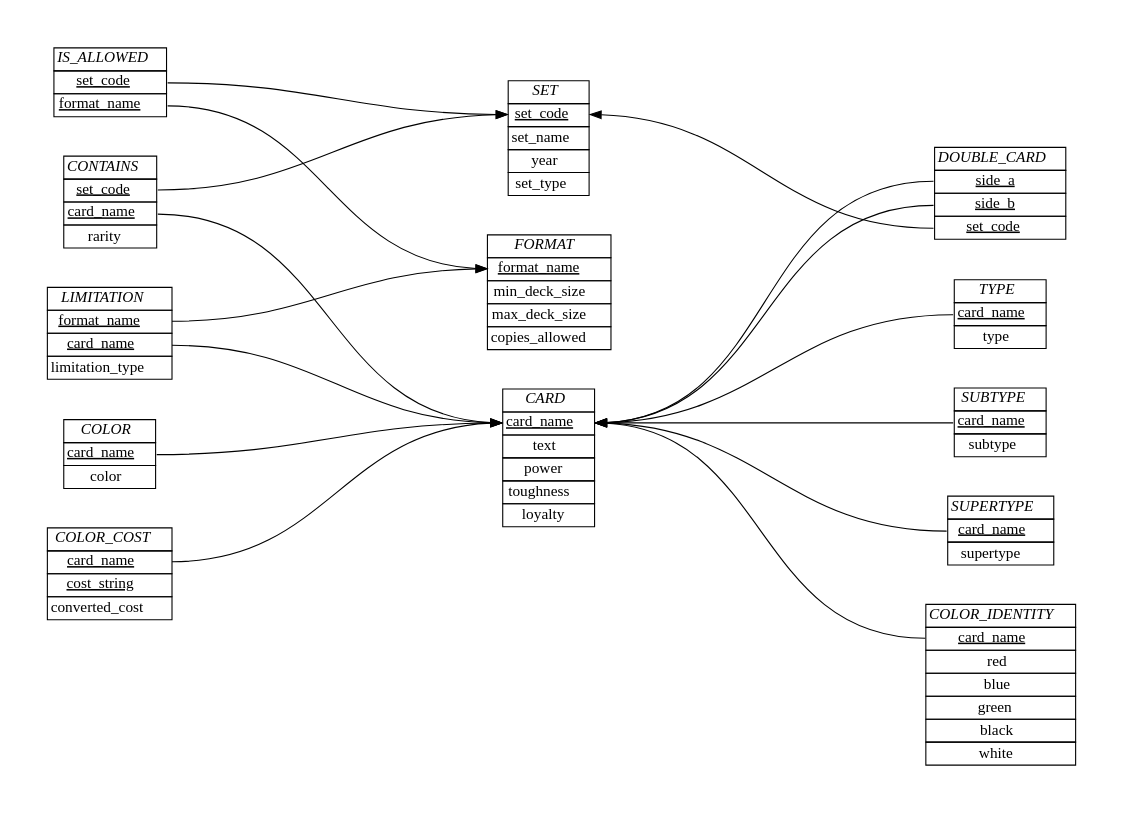
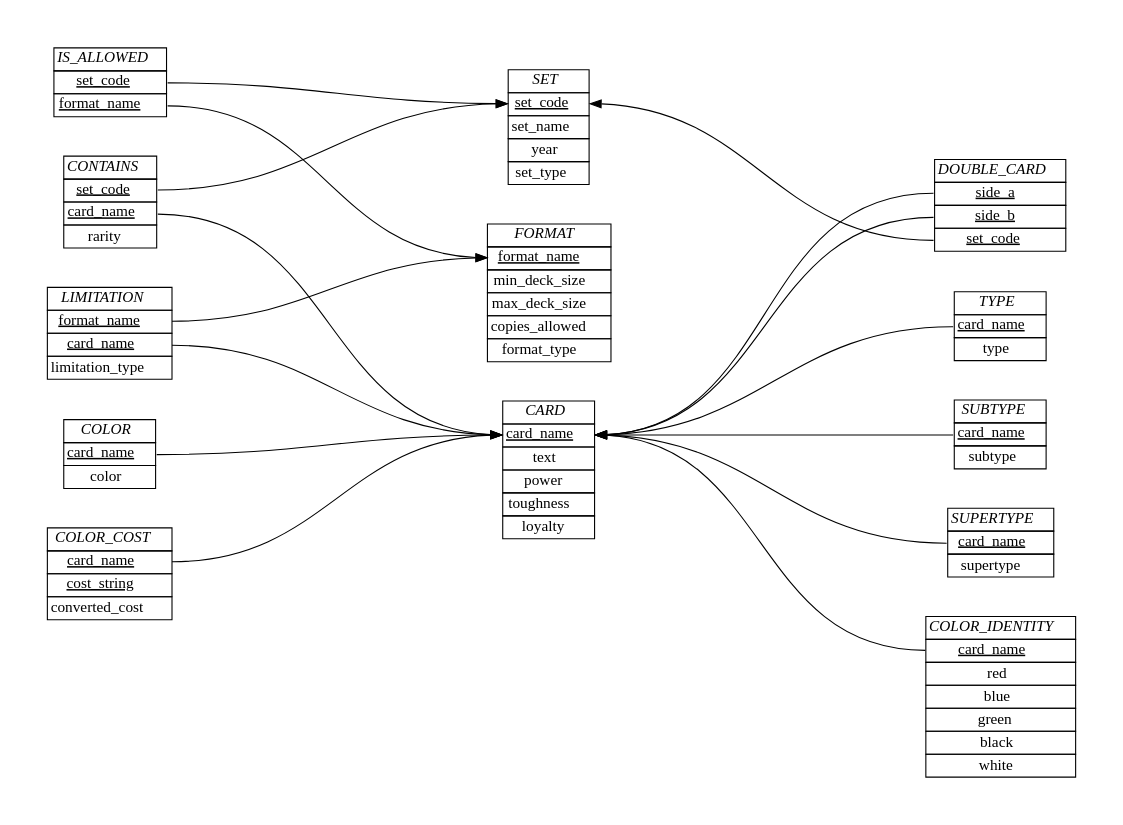
The diagram in schema/ER_diagram.dot (akilmarshall/trumark), drawn with Graphviz before and after one commit. The commit also changed 5 other files, not shown here.

Commit message:
added format_type to FORMAT

```diff
--- a/schema/ER_diagram.dot
+++ b/schema/ER_diagram.dot
@@ -1,138 +1,139 @@
 digraph {
     graph [splines=true, pad="0.5", nodesep="0.5", ranksep="4"];
     node [shape=plain];
     rankdir=LR; 
 
     Format [label=<
         <table border="0" cellborder="1" cellspacing="0">
         <tr><td><i>FORMAT</i></td></tr>
         <tr><td port="1"><u>format_name</u></td></tr>
         <tr><td port="2">min_deck_size</td></tr>
         <tr><td port="3">max_deck_size</td></tr>
         <tr><td port="4">copies_allowed</td></tr>
+        <tr><td port="5">format_type</td></tr>
         </table>>];
 
     Set [label=<
         <table border="0" cellborder="1" cellspacing="0">
         <tr><td><i>SET</i></td></tr>
         <tr><td port="1"><u><font color="black">set_code</font></u></td></tr>
         <tr><td port="2"><font color="black">set_name</font></td></tr>
         <tr><td port="3">year</td></tr>
         <tr><td port="4">set_type</td></tr>
         </table>>];
 
     Card [label=<
         <table border="0" cellborder="1" cellspacing="0">
         <tr><td><i>CARD</i></td></tr>
         <tr><td port="1"><u><font color="black">card_name</font></u></td></tr>
         <tr><td port="2">text</td></tr>
         <tr><td port="3">power</td></tr>
         <tr><td port="4">toughness</td></tr>
         <tr><td port="5">loyalty</td></tr>
         </table>>];
 
     Contains [label=<
         <table border="0" cellborder="1" cellspacing="0">
         <tr><td><i>CONTAINS</i></td></tr>
         <tr><td port="1"><u>set_code</u></td></tr>
         <tr><td port="2"><u>card_name</u></td></tr>
         <tr><td port="3">rarity</td></tr>
         </table>>];
 
     Is_allowed [label=<
         <table border="0" cellborder="1" cellspacing="0">
         <tr><td><i>IS_ALLOWED</i></td></tr>
         <tr><td port="1"><u>set_code</u></td></tr>
         <tr><td port="2"><u>format_name</u></td></tr>
         </table>>];
 
     Double_card [label=<
         <table border="0" cellborder="1" cellspacing="0">
         <tr><td><i>DOUBLE_CARD</i></td></tr>
         <tr><td port="1"><u>side_a</u></td></tr>
         <tr><td port="2"><u>side_b</u></td></tr>
         <tr><td port="3"><u>set_code</u></td></tr>
         </table>>];
 
     Limitation [label=< <table border="0" cellborder="1" cellspacing="0">
     <tr><td><i>LIMITATION</i></td></tr>
     <tr><td port="1"><u>format_name</u></td></tr>
     <tr><td port="2"><u>card_name</u></td></tr>
     <tr><td port="3">limitation_type</td></tr>
     </table>>];
 
     Type [label=<
         <table border="0" cellborder="1" cellspacing="0">
         <tr><td><i>TYPE</i></td></tr>
         <tr><td port="1"><u>card_name</u></td></tr>
         <tr><td port="2">type</td></tr>
         </table>>];
 
     Subtype [label=<
         <table border="0" cellborder="1" cellspacing="0">
         <tr><td><i>SUBTYPE</i></td></tr>
         <tr><td port="1"><u>card_name</u></td></tr>
         <tr><td port="2">subtype</td></tr>
         </table>>];
 
     Supertype [label=<
         <table border="0" cellborder="1" cellspacing="0">
         <tr><td><i>SUPERTYPE</i></td></tr>
         <tr><td port="1"><u>card_name</u></td></tr>
         <tr><td port="2">supertype</td></tr>
         </table>>];
 
     Color_identity [label=<
         <table border="0" cellborder="1" cellspacing="0">
         <tr><td><i>COLOR_IDENTITY</i></td></tr>
         <tr><td port="1"><u>card_name</u></td></tr>
         <tr><td port="2">red</td></tr>
         <tr><td port="3">blue</td></tr>
         <tr><td port="4">green</td></tr>
         <tr><td port="5">black</td></tr>
         <tr><td port="6">white</td></tr>
         </table>>];
 
     Color_cost [label=<
         <table border="0" cellborder="1" cellspacing="0">
         <tr><td><i>COLOR_COST</i></td></tr>
         <tr><td port="1"><u>card_name</u></td></tr>
         <tr><td port="2"><u>cost_string</u></td></tr>
         <tr><td port="9">converted_cost</td></tr>
         </table>>];
 
     Color [label=<
         <table border="0" cellborder="1" cellspacing="0">
         <tr><td><i>COLOR</i></td></tr>
         <tr><td port="1"><u>card_name</u></td></tr>
         <tr><td port="2">color</td></tr>
         </table>>];
 
     Is_allowed:1 -> Set:1 [color=black];
     Is_allowed:2 -> Format:1;
 
     Contains:1 -> Set:1 [color=black];
     Contains:2 -> Card:1;
 
     Limitation:1 -> Format:1;
     Limitation:2 -> Card:1;
 
     Color:1 -> Card:1;
 
     Color_cost:1 -> Card:1;
 
     edge [dir="back"];
 
     Card:1 -> Double_card:1;
     Card:1 -> Double_card:2;
     Set:1 -> Double_card:3;
 
 
     Card:1 -> Subtype:1;
 
     Card:1 -> Type:1;
 
     Card:1 -> Supertype:1 ;
 
     Card:1 -> Color_identity:1;
 }
```
